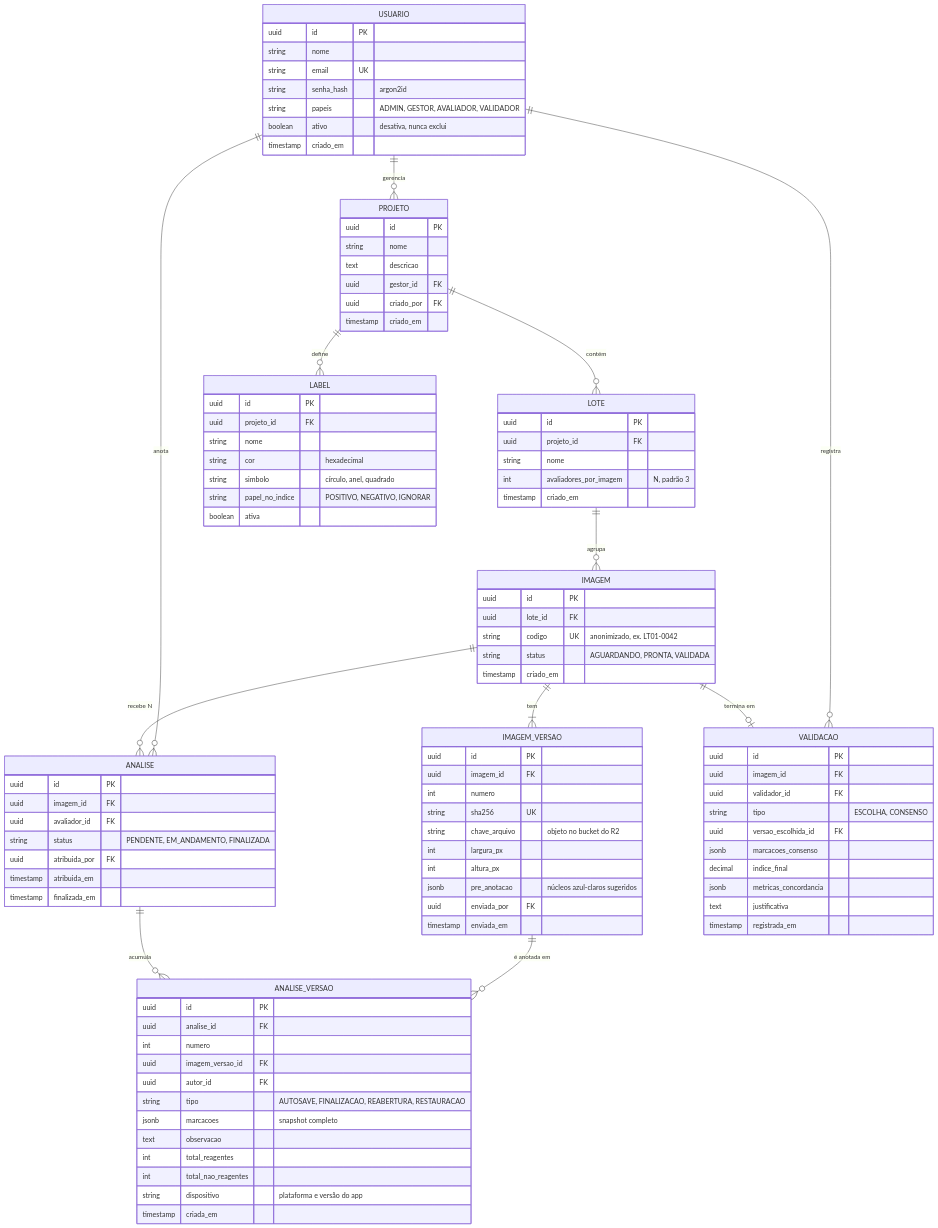
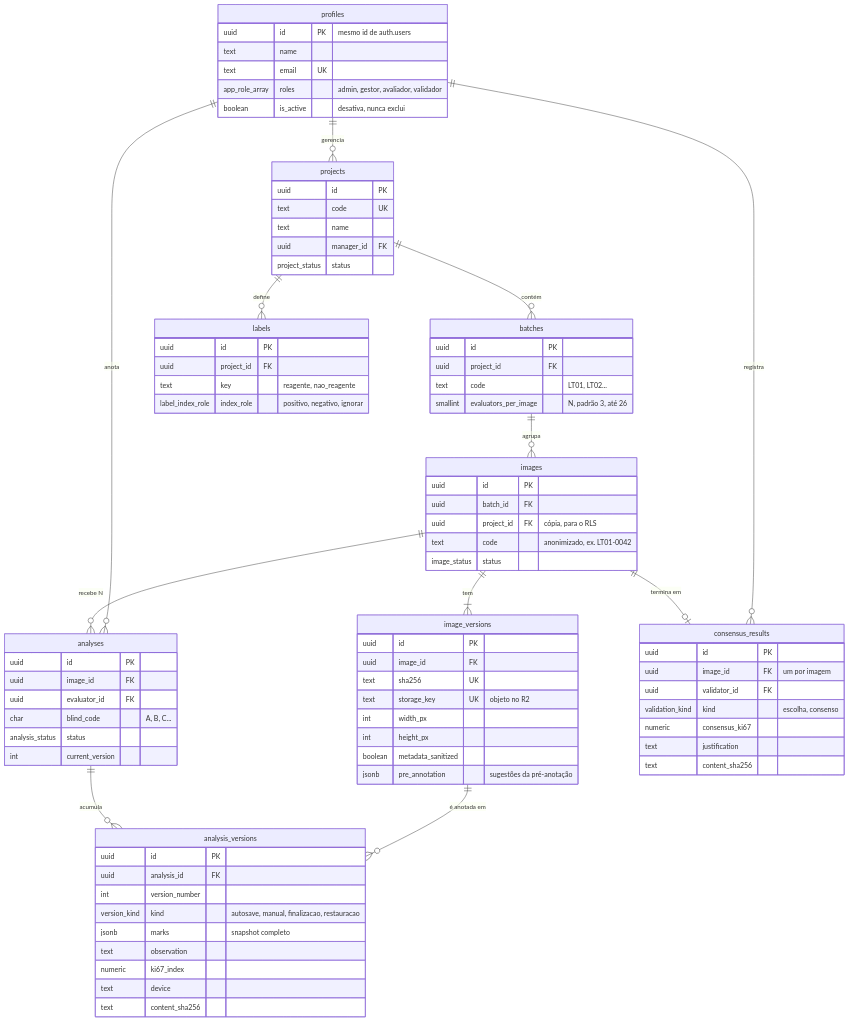
Before and after one commit to Matheus-Lordron/ki67: diagram 12 of 13 in docs/02-arquitetura.md, drawn with Mermaid. The commit also changed other lines of this file and 116 other files, not shown here.

````diff
--- a/docs/02-arquitetura.md
+++ b/docs/02-arquitetura.md
@@ -448,102 +453,86 @@
 ```mermaid
 erDiagram
-    USUARIO ||--o{ PROJETO : "gerencia"
-    PROJETO ||--o{ LOTE : "contém"
-    PROJETO ||--o{ LABEL : "define"
-    LOTE ||--o{ IMAGEM : "agrupa"
-    IMAGEM ||--|{ IMAGEM_VERSAO : "tem"
-    IMAGEM ||--o{ ANALISE : "recebe N"
-    USUARIO ||--o{ ANALISE : "anota"
-    ANALISE ||--o{ ANALISE_VERSAO : "acumula"
-    IMAGEM_VERSAO ||--o{ ANALISE_VERSAO : "é anotada em"
-    IMAGEM ||--o| VALIDACAO : "termina em"
-    USUARIO ||--o{ VALIDACAO : "registra"
+    profiles ||--o{ projects : "gerencia"
+    projects ||--o{ batches : "contém"
+    projects ||--o{ labels : "define"
+    batches ||--o{ images : "agrupa"
+    images ||--|{ image_versions : "tem"
+    images ||--o{ analyses : "recebe N"
+    profiles ||--o{ analyses : "anota"
+    analyses ||--o{ analysis_versions : "acumula"
+    image_versions ||--o{ analysis_versions : "é anotada em"
+    images ||--o| consensus_results : "termina em"
+    profiles ||--o{ consensus_results : "registra"
 
-    USUARIO {
+    profiles {
+        uuid id PK "mesmo id de auth.users"
+        text name
+        text email UK
+        app_role_array roles "admin, gestor, avaliador, validador"
+        boolean is_active "desativa, nunca exclui"
+    }
+    projects {
         uuid id PK
-        string nome
-        string email UK
-        string senha_hash "argon2id"
-        string papeis "ADMIN, GESTOR, AVALIADOR, VALIDADOR"
-        boolean ativo "desativa, nunca exclui"
-        timestamp criado_em
+        text code UK
+        text name
+        uuid manager_id FK
+        project_status status
     }
-    PROJETO {
+    batches {
         uuid id PK
-        string nome
-        text descricao
-        uuid gestor_id FK
-        uuid criado_por FK
-        timestamp criado_em
+        uuid project_id FK
+        text code "LT01, LT02..."
+        smallint evaluators_per_image "N, padrão 3, até 26"
     }
-    LOTE {
+    images {
         uuid id PK
-        uuid projeto_id FK
-        string nome
-        int avaliadores_por_imagem "N, padrão 3"
-        timestamp criado_em
+        uuid batch_id FK
+        uuid project_id FK "cópia, para o RLS"
+        text code "anonimizado, ex. LT01-0042"
+        image_status status
     }
-    IMAGEM {
+    image_versions {
         uuid id PK
-        uuid lote_id FK
-        string codigo UK "anonimizado, ex. LT01-0042"
-        string status "AGUARDANDO, PRONTA, VALIDADA"
-        timestamp criado_em
+        uuid image_id FK
+        text sha256 UK
+        text storage_key UK "objeto no R2"
+        int width_px
+        int height_px
+        boolean metadata_sanitized
+        jsonb pre_annotation "sugestões da pré-anotação"
     }
-    IMAGEM_VERSAO {
+    analyses {
         uuid id PK
-        uuid imagem_id FK
-        int numero
-        string sha256 UK
-        string chave_arquivo "objeto no bucket do R2"
-        int largura_px
-        int altura_px
-        jsonb pre_anotacao "núcleos azul-claros sugeridos"
-        uuid enviada_por FK
-        timestamp enviada_em
+        uuid image_id FK
+        uuid evaluator_id FK
+        char blind_code "A, B, C..."
+        analysis_status status
+        int current_version
     }
-    ANALISE {
+    analysis_versions {
         uuid id PK
-        uuid imagem_id FK
-        uuid avaliador_id FK
-        string status "PENDENTE, EM_ANDAMENTO, FINALIZADA"
-        uuid atribuida_por FK
-        timestamp atribuida_em
-        timestamp finalizada_em
+        uuid analysis_id FK
+        int version_number
+        version_kind kind "autosave, manual, finalizacao, restauracao"
+        jsonb marks "snapshot completo"
+        text observation
+        numeric ki67_index
+        text device
+        text content_sha256
     }
-    ANALISE_VERSAO {
+    labels {
         uuid id PK
-        uuid analise_id FK
-        int numero
-        uuid imagem_versao_id FK
-        uuid autor_id FK
-        string tipo "AUTOSAVE, FINALIZACAO, REABERTURA, RESTAURACAO"
-        jsonb marcacoes "snapshot completo"
-        text observacao
-        int total_reagentes
-        int total_nao_reagentes
-        string dispositivo "plataforma e versão do app"
-        timestamp criada_em
+        uuid project_id FK
+        text key "reagente, nao_reagente"
+        label_index_role index_role "positivo, negativo, ignorar"
     }
-    LABEL {
+    consensus_results {
         uuid id PK
-        uuid projeto_id FK
-        string nome
-        string cor "hexadecimal"
-        string simbolo "círculo, anel, quadrado"
-        string papel_no_indice "POSITIVO, NEGATIVO, IGNORAR"
-        boolean ativa
-    }
-    VALIDACAO {
-        uuid id PK
-        uuid imagem_id FK
-        uuid validador_id FK
-        string tipo "ESCOLHA, CONSENSO"
-        uuid versao_escolhida_id FK
-        jsonb marcacoes_consenso
-        decimal indice_final
-        jsonb metricas_concordancia
-        text justificativa
-        timestamp registrada_em
+        uuid image_id FK "um por imagem"
+        uuid validator_id FK
+        validation_kind kind "escolha, consenso"
+        numeric consensus_ki67
+        text justification
+        text content_sha256
     }
 ```
````
